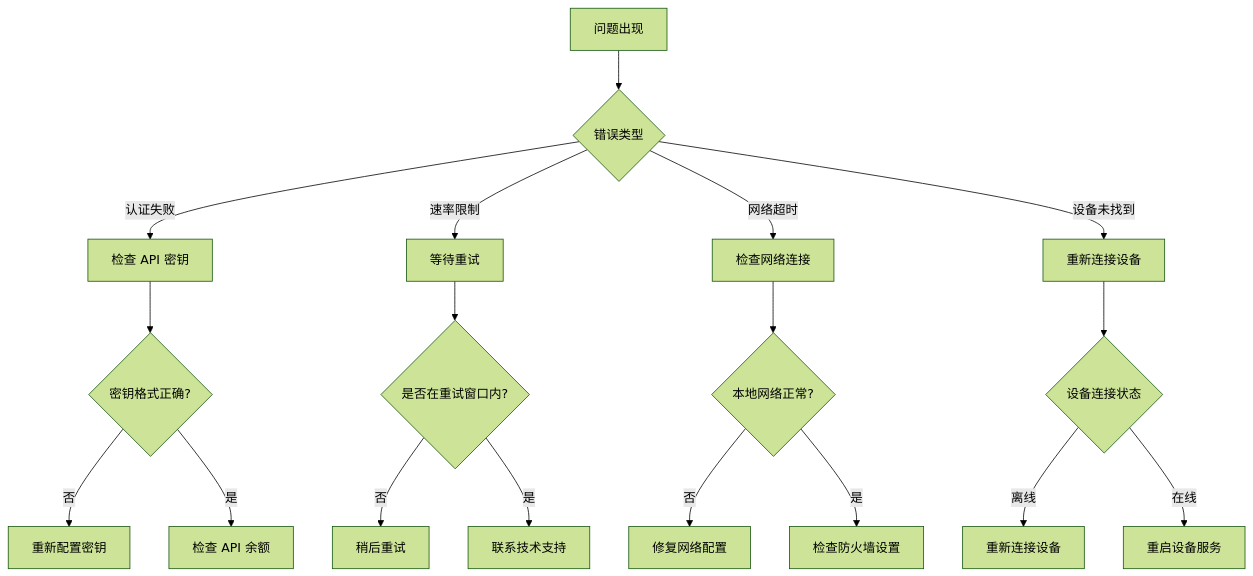
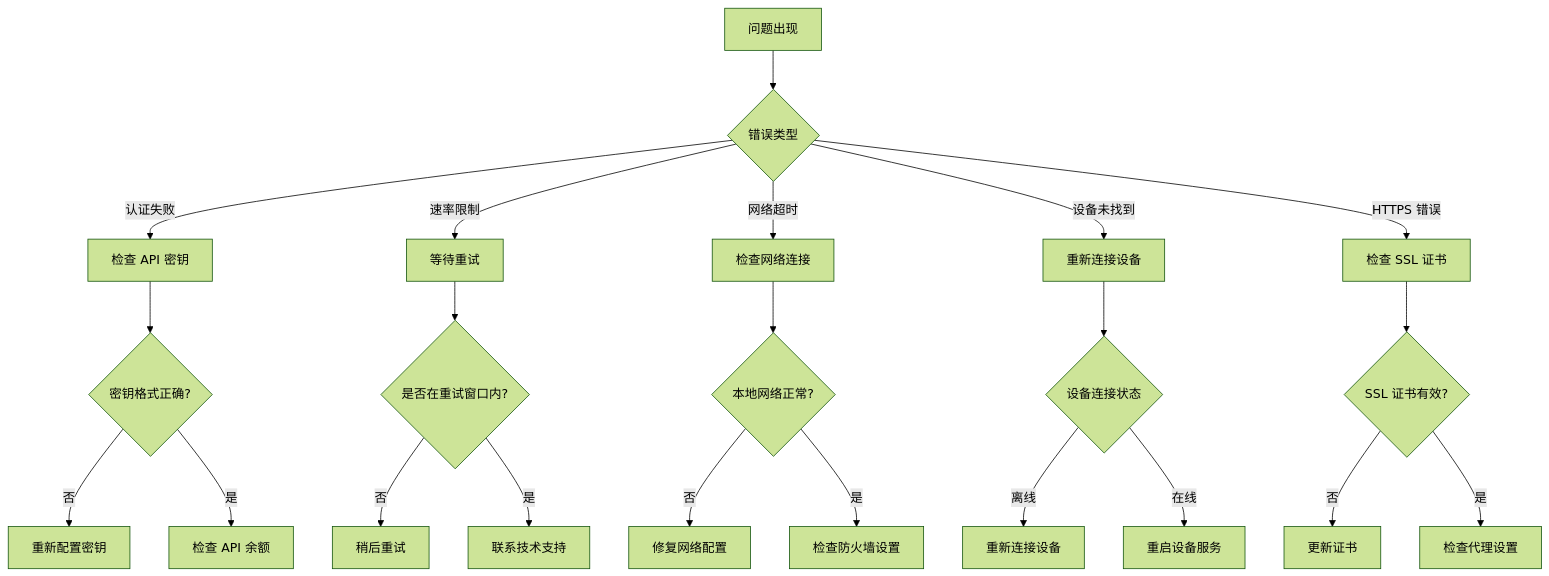
Before and after one commit to zedomi/mobile-mcp-hmos: diagram 11 of 11 in .qoder/repowiki/zh/content/MCP 工具参考/屏幕交互工具/GLM-OCR 集成.md, drawn with Mermaid (forest theme). The commit also changed other lines of this file and 3 other files, not shown here.

````diff
--- a/.qoder/repowiki/zh/content/MCP 工具参考/屏幕交互工具/GLM-OCR 集成.md
+++ b/.qoder/repowiki/zh/content/MCP 工具参考/屏幕交互工具/GLM-OCR 集成.md
@@ -388,20 +430,24 @@
 ```mermaid
 flowchart TD
 A[问题出现] --> B{错误类型}
 B --> |认证失败| C[检查 API 密钥]
 B --> |速率限制| D[等待重试]
 B --> |网络超时| E[检查网络连接]
 B --> |设备未找到| F[重新连接设备]
-C --> G{密钥格式正确?}
-G --> |否| H[重新配置密钥]
-G --> |是| I[检查 API 余额]
-D --> J{是否在重试窗口内?}
-J --> |否| K[稍后重试]
-J --> |是| L[联系技术支持]
-E --> M{本地网络正常?}
-M --> |否| N[修复网络配置]
-M --> |是| O[检查防火墙设置]
-F --> P{设备连接状态}
-P --> |离线| Q[重新连接设备]
-P --> |在线| R[重启设备服务]
+B --> |HTTPS 错误| G[检查 SSL 证书]
+C --> H{密钥格式正确?}
+H --> |否| I[重新配置密钥]
+H --> |是| J[检查 API 余额]
+D --> K{是否在重试窗口内?}
+K --> |否| L[稍后重试]
+K --> |是| M[联系技术支持]
+E --> N{本地网络正常?}
+N --> |否| O[修复网络配置]
+N --> |是| P[检查防火墙设置]
+F --> Q{设备连接状态}
+Q --> |离线| R[重新连接设备]
+Q --> |在线| S[重启设备服务]
+G --> T{SSL 证书有效?}
+T --> |否| U[更新证书]
+T --> |是| V[检查代理设置]
 ```
````
